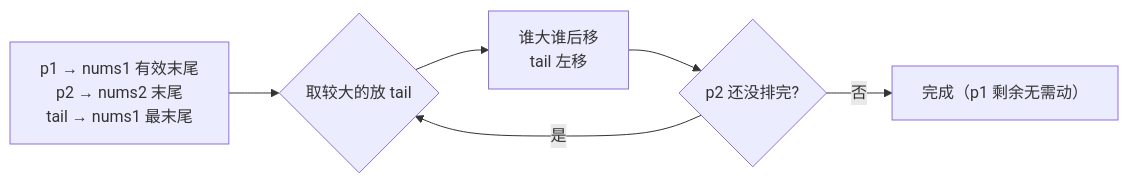
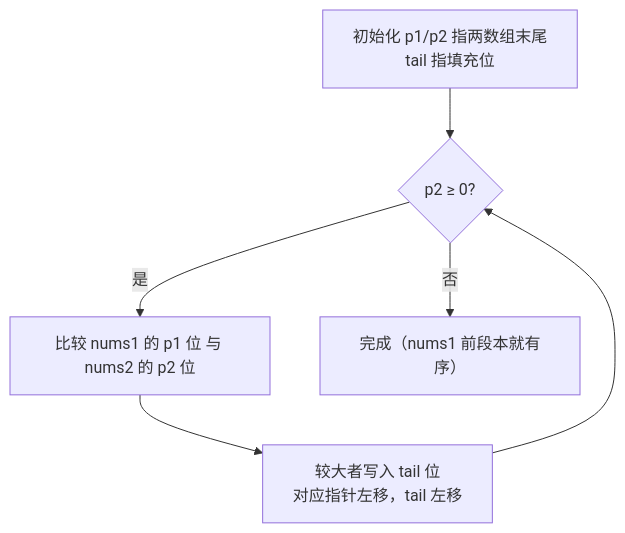
One commit to OctalZero/hot100-py changed the first of 2 diagrams in 19-大厂加餐/字节加餐/0088-合并两个有序数组.md. Above: the diagram before and after it, drawn with Mermaid. The commit also changed other lines of this file and 117 other files, not shown here.

First line of the commit message:
feat: 全题解配图升级为「动画式 mermaid」（总览骨架 + 横向时间线逐步推演）

````diff
--- a/19-大厂加餐/字节加餐/0088-合并两个有序数组.md
+++ b/19-大厂加餐/字节加餐/0088-合并两个有序数组.md
@@ -27,8 +27,8 @@
 ```mermaid
-flowchart LR
-    A["p1 → nums1 有效末尾<br/>p2 → nums2 末尾<br/>tail → nums1 最末尾"] --> B{"取较大的放 tail"}
-    B --> C["谁大谁后移<br/>tail 左移"]
-    C --> D{"p2 还没排完?"}
-    D -- "是" --> B
-    D -- "否" --> E["完成（p1 剩余无需动）"]
+flowchart TD
+    A["初始化 p1/p2 指两数组末尾<br/>tail 指填充位"] --> B{"p2 ≥ 0?"}
+    B -->|"是"| C["比较 nums1 的 p1 位 与 nums2 的 p2 位"]
+    C --> D["较大者写入 tail 位<br/>对应指针左移，tail 左移"]
+    D --> B
+    B -->|"否"| E["完成（nums1 前段本就有序）"]
 ```
````
